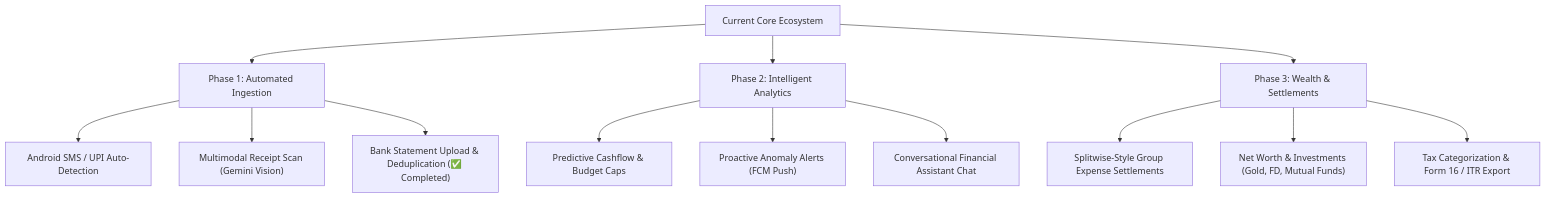
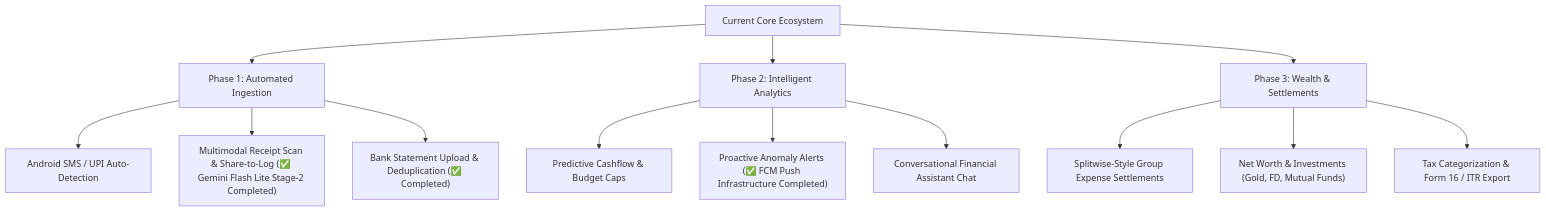
Before and after one commit to abhilashmamminiyan/manikutti-hub: the diagram in docs/UPGRADE_ROADMAP.md, drawn with Mermaid. The commit also changed other lines of this file and 6 other files, not shown here.

Commit message:
feat(sprint1): update docs for roles, Firestore/FCM push, Share-to-Log, and link Manikutti #22

````diff
--- a/docs/UPGRADE_ROADMAP.md
+++ b/docs/UPGRADE_ROADMAP.md
@@ -12,18 +12,18 @@
 ```mermaid
 flowchart TD
     A["Current Core Ecosystem"] --> B["Phase 1: Automated Ingestion"]
     A --> C["Phase 2: Intelligent Analytics"]
     A --> D["Phase 3: Wealth & Settlements"]
 
     B --> B1["Android SMS / UPI Auto-Detection"]
-    B --> B3["Multimodal Receipt Scan (Gemini Vision)"]
+    B --> B3["Multimodal Receipt Scan & Share-to-Log (✅ Gemini Flash Lite Stage-2 Completed)"]
     B --> B4["Bank Statement Upload & Deduplication (✅ Completed)"]
 
     C --> C1["Predictive Cashflow & Budget Caps"]
-    C --> C2["Proactive Anomaly Alerts (FCM Push)"]
+    C --> C2["Proactive Anomaly Alerts (✅ FCM Push Infrastructure Completed)"]
     C --> C3["Conversational Financial Assistant Chat"]
 
     D --> D1["Splitwise-Style Group Expense Settlements"]
     D --> D2["Net Worth & Investments (Gold, FD, Mutual Funds)"]
     D --> D3["Tax Categorization & Form 16 / ITR Export"]
 ```
````
